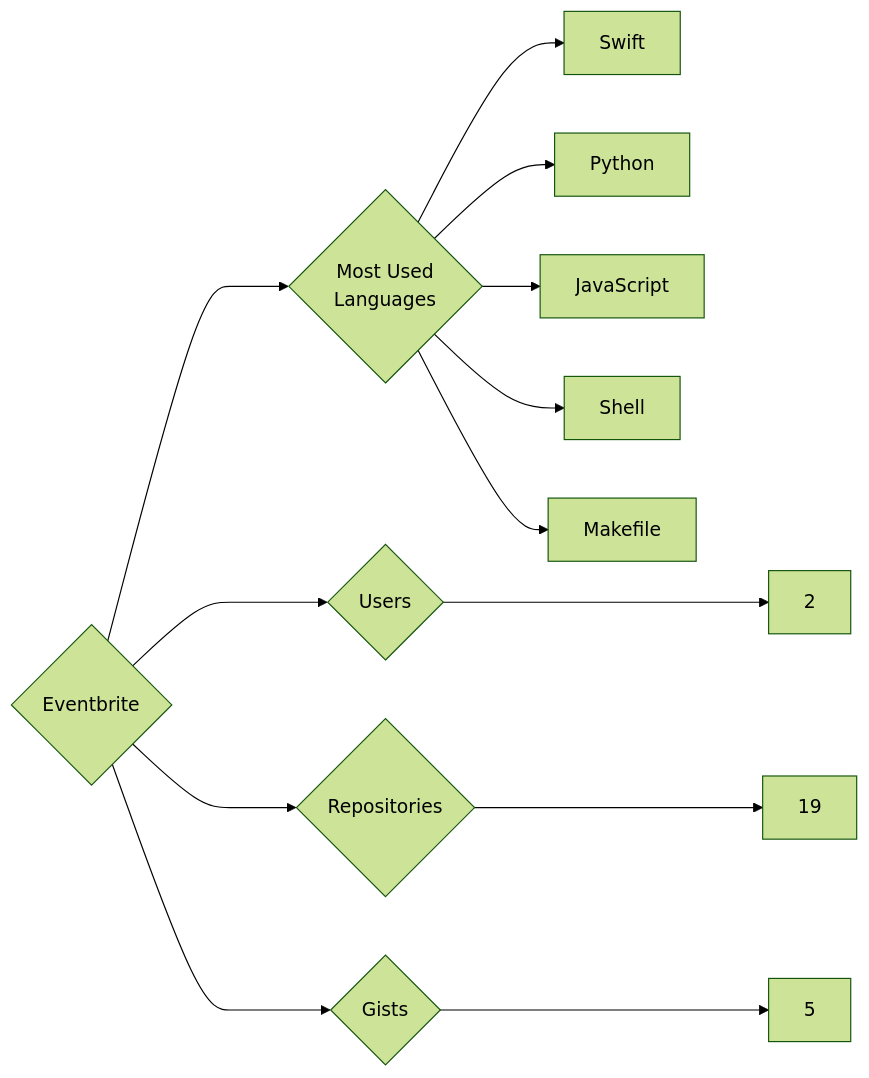
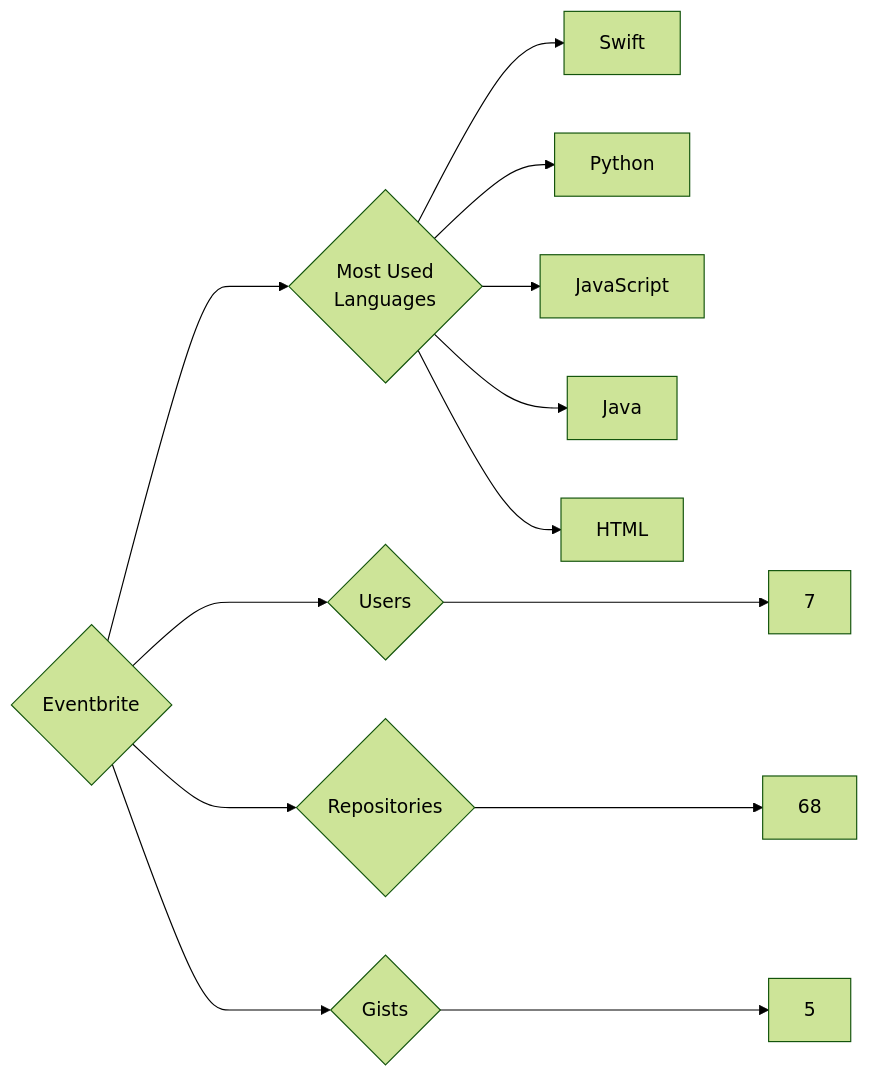
The diagram in targets/Eventbrite/README.md (trickest/insiders), drawn with Mermaid (forest theme) before and after one commit. The commit also changed 1023 other files, not shown here.

````diff
--- a/targets/Eventbrite/README.md
+++ b/targets/Eventbrite/README.md
@@ -3,13 +3,13 @@
 ```mermaid
 graph LR
 COMPANY_NAME{Eventbrite}
-COMPANY_NAME ---> U{Users} ---> UN[2]
-COMPANY_NAME ---> R{Repositories} ---> RN[19]
+COMPANY_NAME ---> U{Users} ---> UN[7]
+COMPANY_NAME ---> R{Repositories} ---> RN[68]
 COMPANY_NAME ---> G{Gists} ---> GN[5]
 COMPANY_NAME ---> ML{Most Used<br>Languages}
 ML --> Swift[Swift]
 ML --> Python[Python]
 ML --> JavaScript[JavaScript]
-ML --> Shell[Shell]
-ML --> Makefile[Makefile]
+ML --> Java[Java]
+ML --> HTML[HTML]
 ```
````
